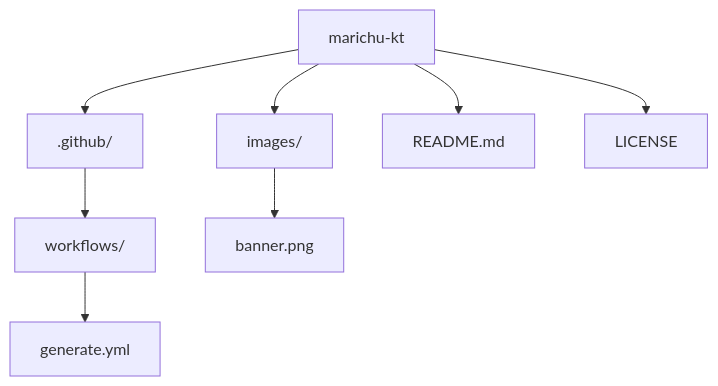
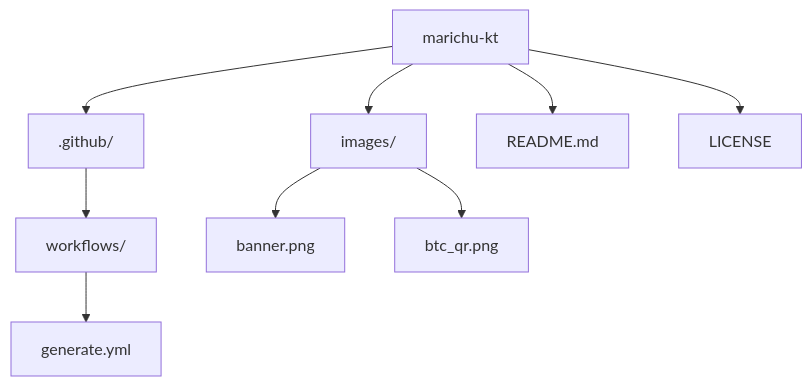
One commit to marichu-kt/marichu-kt changed the diagram in README.md. Above: the diagram before and after it, drawn with Mermaid.

````diff
--- a/README.md
+++ b/README.md
@@ -43,10 +43,11 @@
 ```mermaid
 graph TD
   A[marichu-kt] --> B[.github/]
   B --> C[workflows/]
   C --> D[generate.yml]
   A --> E[images/]
   E --> F[banner.png]
+  E --> I[btc_qr.png]
   A --> G[README.md]
   A --> H[LICENSE]
 ```
````
